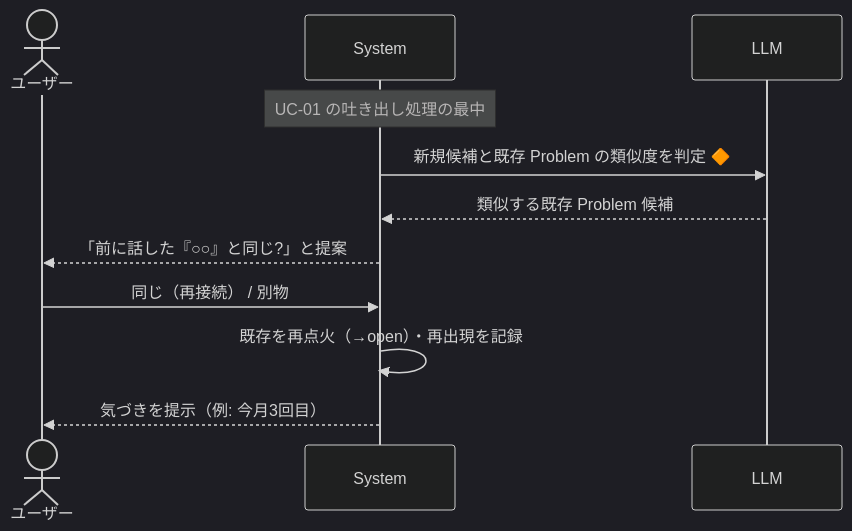
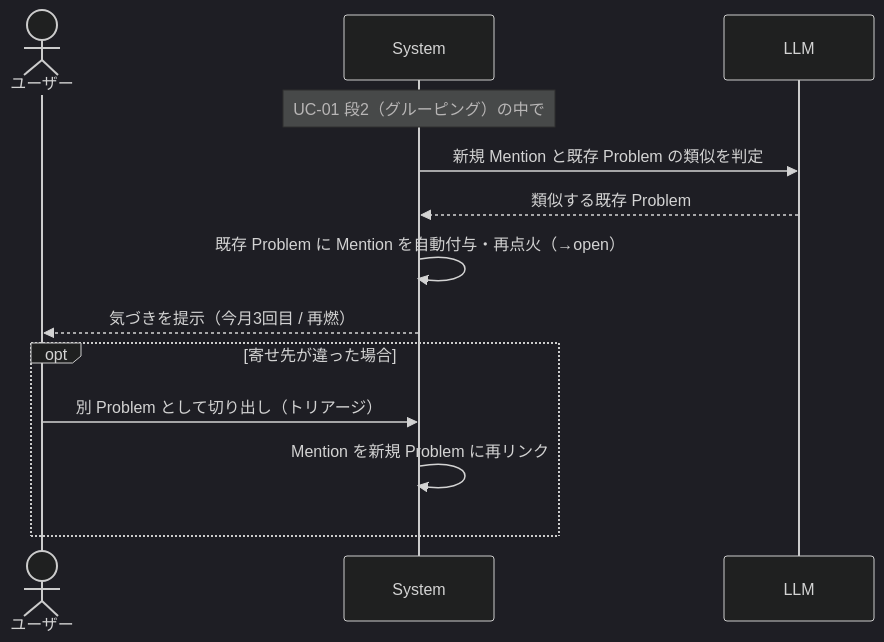
Before and after one commit to yomote/mind-inbox: the third of 5 diagrams in docs/design/use_cases.md, drawn with Mermaid (dark theme). The commit also changed other lines of this file and 3 other files, not shown here.

````diff
--- a/docs/design/use_cases.md
+++ b/docs/design/use_cases.md
@@ -125,14 +126,16 @@
 ```mermaid
 sequenceDiagram
   actor U as ユーザー
   participant S as System
   participant LLM
 
-  Note over S: UC-01 の吐き出し処理の最中
-  S->>LLM: 新規候補と既存 Problem の類似度を判定 🔶
-  LLM-->>S: 類似する既存 Problem 候補
-  S-->>U: 「前に話した『○○』と同じ?」と提案
-  U->>S: 同じ（再接続） / 別物
-  S->>S: 既存を再点火（→open）・再出現を記録
-  S-->>U: 気づきを提示（例: 今月3回目）
+  Note over S: UC-01 段2（グルーピング）の中で
+  S->>LLM: 新規 Mention と既存 Problem の類似を判定
+  LLM-->>S: 類似する既存 Problem
+  S->>S: 既存 Problem に Mention を自動付与・再点火（→open）
+  S-->>U: 気づきを提示（今月3回目 / 再燃）
+  opt 寄せ先が違った場合
+    U->>S: 別 Problem として切り出し（トリアージ）
+    S->>S: Mention を新規 Problem に再リンク
+  end
 ```
````
